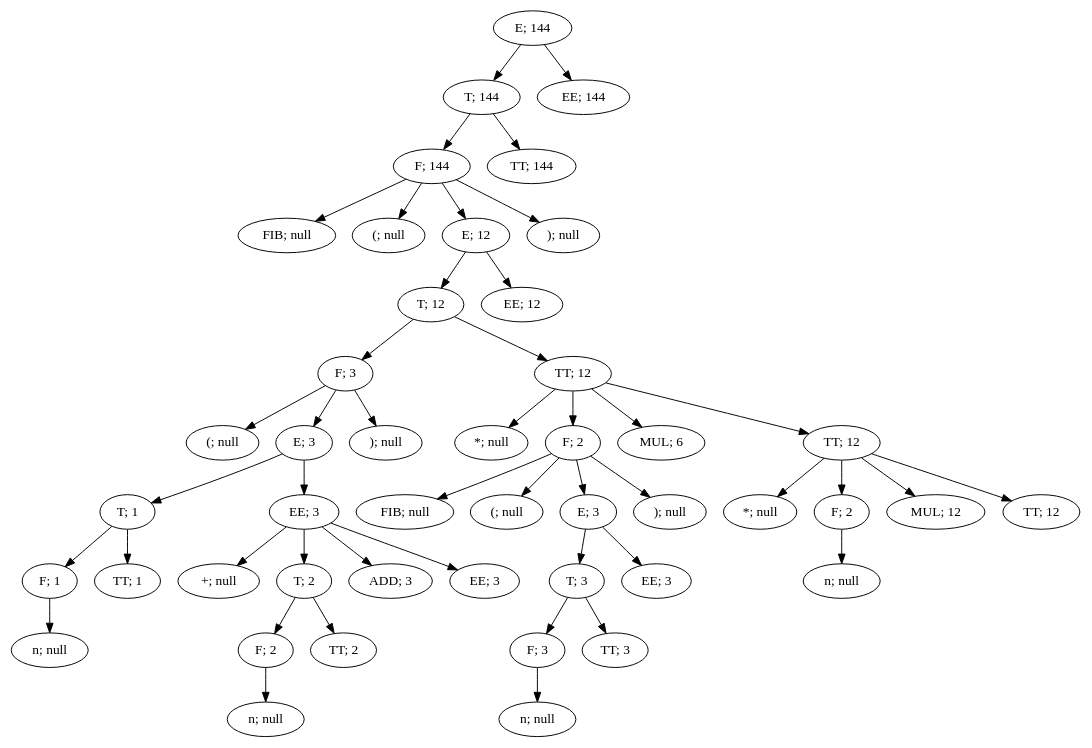
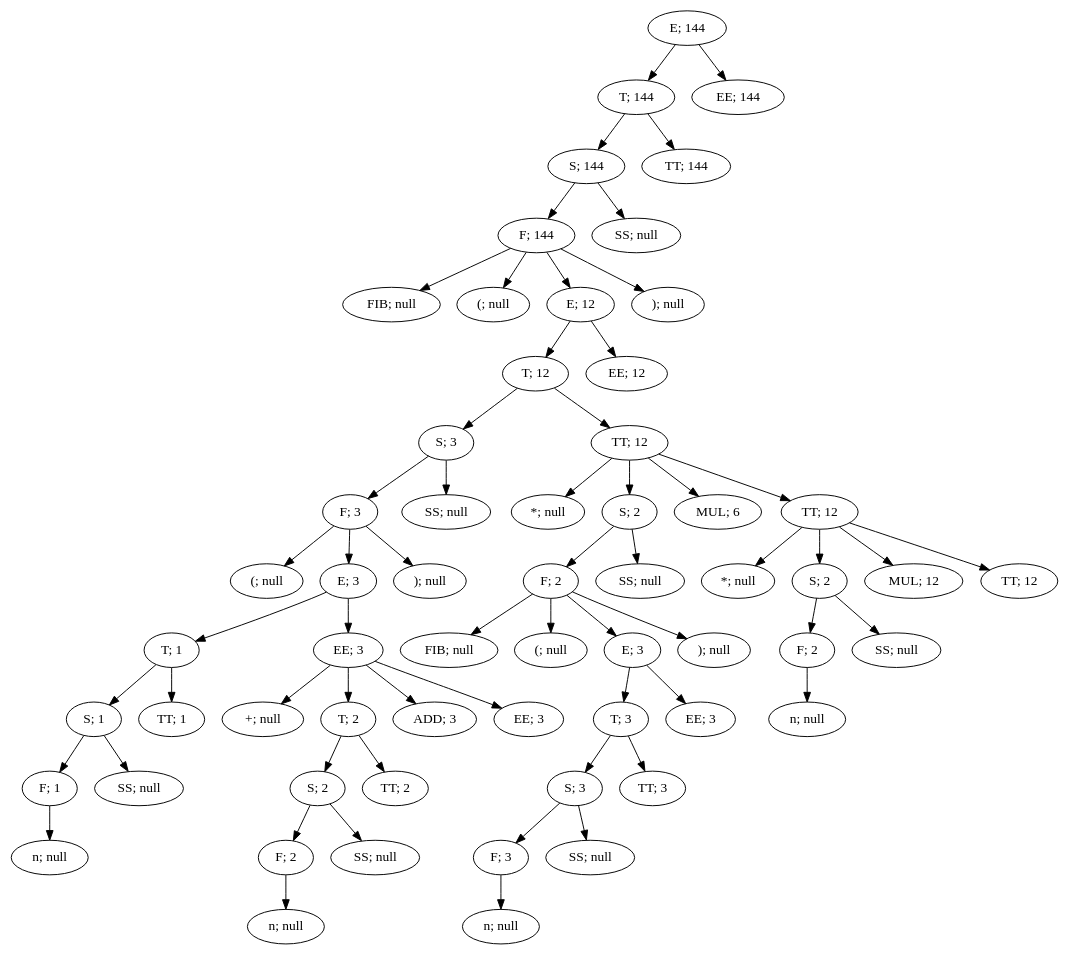
Before and after one commit to Ultimatereo/MT: the diagram in lab4/graphA4.dot, drawn with Graphviz. The commit also changed 26 other files, not shown here.

```diff
--- a/lab4/graphA4.dot
+++ b/lab4/graphA4.dot
@@ -1,138 +1,180 @@
 digraph ParserResult {
-"NonTerminal[name=E]_126" [label="E; 144"]
-"NonTerminal[name=T]_124" [label="T; 144"]
-"NonTerminal[name=E]_126"->"NonTerminal[name=T]_124";
-"NonTerminal[name=T]_124" [label="T; 144"]
-"NonTerminal[name=F]_122" [label="F; 144"]
-"NonTerminal[name=T]_124"->"NonTerminal[name=F]_122";
-"NonTerminal[name=F]_122" [label="F; 144"]
-"Token{name='FIB', value='fib'}_81" [label="FIB; null"]
-"NonTerminal[name=F]_122"->"Token{name='FIB', value='fib'}_81";
-"Token{name='FIB', value='fib'}_81" [label="FIB; null"]
-"Token{name='(', value='('}_82" [label="(; null"]
-"NonTerminal[name=F]_122"->"Token{name='(', value='('}_82";
-"Token{name='(', value='('}_82" [label="(; null"]
-"NonTerminal[name=E]_120" [label="E; 12"]
-"NonTerminal[name=F]_122"->"NonTerminal[name=E]_120";
-"NonTerminal[name=E]_120" [label="E; 12"]
-"NonTerminal[name=T]_118" [label="T; 12"]
-"NonTerminal[name=E]_120"->"NonTerminal[name=T]_118";
-"NonTerminal[name=T]_118" [label="T; 12"]
-"NonTerminal[name=F]_98" [label="F; 3"]
-"NonTerminal[name=T]_118"->"NonTerminal[name=F]_98";
-"NonTerminal[name=F]_98" [label="F; 3"]
-"Token{name='(', value='('}_83" [label="(; null"]
-"NonTerminal[name=F]_98"->"Token{name='(', value='('}_83";
-"Token{name='(', value='('}_83" [label="(; null"]
-"NonTerminal[name=E]_96" [label="E; 3"]
-"NonTerminal[name=F]_98"->"NonTerminal[name=E]_96";
-"NonTerminal[name=E]_96" [label="E; 3"]
-"NonTerminal[name=T]_87" [label="T; 1"]
-"NonTerminal[name=E]_96"->"NonTerminal[name=T]_87";
-"NonTerminal[name=T]_87" [label="T; 1"]
-"NonTerminal[name=F]_85" [label="F; 1"]
-"NonTerminal[name=T]_87"->"NonTerminal[name=F]_85";
-"NonTerminal[name=F]_85" [label="F; 1"]
-"Token{name='n', value='1'}_84" [label="n; null"]
-"NonTerminal[name=F]_85"->"Token{name='n', value='1'}_84";
-"Token{name='n', value='1'}_84" [label="n; null"]
-"NonTerminal[name=TT]_86" [label="TT; 1"]
-"NonTerminal[name=T]_87"->"NonTerminal[name=TT]_86";
-"NonTerminal[name=TT]_86" [label="TT; 1"]
-"NonTerminal[name=EE]_95" [label="EE; 3"]
-"NonTerminal[name=E]_96"->"NonTerminal[name=EE]_95";
-"NonTerminal[name=EE]_95" [label="EE; 3"]
-"Token{name='+', value='+'}_88" [label="+; null"]
-"NonTerminal[name=EE]_95"->"Token{name='+', value='+'}_88";
-"Token{name='+', value='+'}_88" [label="+; null"]
-"NonTerminal[name=T]_92" [label="T; 2"]
-"NonTerminal[name=EE]_95"->"NonTerminal[name=T]_92";
-"NonTerminal[name=T]_92" [label="T; 2"]
-"NonTerminal[name=F]_90" [label="F; 2"]
-"NonTerminal[name=T]_92"->"NonTerminal[name=F]_90";
-"NonTerminal[name=F]_90" [label="F; 2"]
-"Token{name='n', value='2'}_89" [label="n; null"]
-"NonTerminal[name=F]_90"->"Token{name='n', value='2'}_89";
-"Token{name='n', value='2'}_89" [label="n; null"]
-"NonTerminal[name=TT]_91" [label="TT; 2"]
-"NonTerminal[name=T]_92"->"NonTerminal[name=TT]_91";
-"NonTerminal[name=TT]_91" [label="TT; 2"]
-"NonTerminal[name=ADD]_93" [label="ADD; 3"]
-"NonTerminal[name=EE]_95"->"NonTerminal[name=ADD]_93";
-"NonTerminal[name=ADD]_93" [label="ADD; 3"]
-"NonTerminal[name=EE]_94" [label="EE; 3"]
-"NonTerminal[name=EE]_95"->"NonTerminal[name=EE]_94";
-"NonTerminal[name=EE]_94" [label="EE; 3"]
-"Token{name=')', value=')'}_97" [label="); null"]
-"NonTerminal[name=F]_98"->"Token{name=')', value=')'}_97";
-"Token{name=')', value=')'}_97" [label="); null"]
-"NonTerminal[name=TT]_117" [label="TT; 12"]
-"NonTerminal[name=T]_118"->"NonTerminal[name=TT]_117";
-"NonTerminal[name=TT]_117" [label="TT; 12"]
-"Token{name='*', value='*'}_99" [label="*; null"]
-"NonTerminal[name=TT]_117"->"Token{name='*', value='*'}_99";
-"Token{name='*', value='*'}_99" [label="*; null"]
-"NonTerminal[name=F]_109" [label="F; 2"]
-"NonTerminal[name=TT]_117"->"NonTerminal[name=F]_109";
-"NonTerminal[name=F]_109" [label="F; 2"]
-"Token{name='FIB', value='fib'}_100" [label="FIB; null"]
-"NonTerminal[name=F]_109"->"Token{name='FIB', value='fib'}_100";
-"Token{name='FIB', value='fib'}_100" [label="FIB; null"]
-"Token{name='(', value='('}_101" [label="(; null"]
-"NonTerminal[name=F]_109"->"Token{name='(', value='('}_101";
-"Token{name='(', value='('}_101" [label="(; null"]
-"NonTerminal[name=E]_107" [label="E; 3"]
-"NonTerminal[name=F]_109"->"NonTerminal[name=E]_107";
-"NonTerminal[name=E]_107" [label="E; 3"]
-"NonTerminal[name=T]_105" [label="T; 3"]
-"NonTerminal[name=E]_107"->"NonTerminal[name=T]_105";
-"NonTerminal[name=T]_105" [label="T; 3"]
-"NonTerminal[name=F]_103" [label="F; 3"]
-"NonTerminal[name=T]_105"->"NonTerminal[name=F]_103";
-"NonTerminal[name=F]_103" [label="F; 3"]
-"Token{name='n', value='3'}_102" [label="n; null"]
-"NonTerminal[name=F]_103"->"Token{name='n', value='3'}_102";
-"Token{name='n', value='3'}_102" [label="n; null"]
-"NonTerminal[name=TT]_104" [label="TT; 3"]
-"NonTerminal[name=T]_105"->"NonTerminal[name=TT]_104";
-"NonTerminal[name=TT]_104" [label="TT; 3"]
-"NonTerminal[name=EE]_106" [label="EE; 3"]
-"NonTerminal[name=E]_107"->"NonTerminal[name=EE]_106";
-"NonTerminal[name=EE]_106" [label="EE; 3"]
-"Token{name=')', value=')'}_108" [label="); null"]
-"NonTerminal[name=F]_109"->"Token{name=')', value=')'}_108";
-"Token{name=')', value=')'}_108" [label="); null"]
-"NonTerminal[name=MUL]_110" [label="MUL; 6"]
-"NonTerminal[name=TT]_117"->"NonTerminal[name=MUL]_110";
-"NonTerminal[name=MUL]_110" [label="MUL; 6"]
-"NonTerminal[name=TT]_116" [label="TT; 12"]
-"NonTerminal[name=TT]_117"->"NonTerminal[name=TT]_116";
-"NonTerminal[name=TT]_116" [label="TT; 12"]
-"Token{name='*', value='*'}_111" [label="*; null"]
-"NonTerminal[name=TT]_116"->"Token{name='*', value='*'}_111";
-"Token{name='*', value='*'}_111" [label="*; null"]
-"NonTerminal[name=F]_113" [label="F; 2"]
-"NonTerminal[name=TT]_116"->"NonTerminal[name=F]_113";
-"NonTerminal[name=F]_113" [label="F; 2"]
-"Token{name='n', value='2'}_112" [label="n; null"]
-"NonTerminal[name=F]_113"->"Token{name='n', value='2'}_112";
-"Token{name='n', value='2'}_112" [label="n; null"]
-"NonTerminal[name=MUL]_114" [label="MUL; 12"]
-"NonTerminal[name=TT]_116"->"NonTerminal[name=MUL]_114";
-"NonTerminal[name=MUL]_114" [label="MUL; 12"]
-"NonTerminal[name=TT]_115" [label="TT; 12"]
-"NonTerminal[name=TT]_116"->"NonTerminal[name=TT]_115";
-"NonTerminal[name=TT]_115" [label="TT; 12"]
-"NonTerminal[name=EE]_119" [label="EE; 12"]
-"NonTerminal[name=E]_120"->"NonTerminal[name=EE]_119";
-"NonTerminal[name=EE]_119" [label="EE; 12"]
-"Token{name=')', value=')'}_121" [label="); null"]
-"NonTerminal[name=F]_122"->"Token{name=')', value=')'}_121";
-"Token{name=')', value=')'}_121" [label="); null"]
-"NonTerminal[name=TT]_123" [label="TT; 144"]
-"NonTerminal[name=T]_124"->"NonTerminal[name=TT]_123";
-"NonTerminal[name=TT]_123" [label="TT; 144"]
-"NonTerminal[name=EE]_125" [label="EE; 144"]
+"NonTerminal[name=E]_166" [label="E; 144"]
+"NonTerminal[name=T]_164" [label="T; 144"]
+"NonTerminal[name=E]_166"->"NonTerminal[name=T]_164";
+"NonTerminal[name=T]_164" [label="T; 144"]
+"NonTerminal[name=S]_162" [label="S; 144"]
+"NonTerminal[name=T]_164"->"NonTerminal[name=S]_162";
+"NonTerminal[name=S]_162" [label="S; 144"]
+"NonTerminal[name=F]_160" [label="F; 144"]
+"NonTerminal[name=S]_162"->"NonTerminal[name=F]_160";
+"NonTerminal[name=F]_160" [label="F; 144"]
+"Token{name='FIB', value='fib'}_107" [label="FIB; null"]
+"NonTerminal[name=F]_160"->"Token{name='FIB', value='fib'}_107";
+"Token{name='FIB', value='fib'}_107" [label="FIB; null"]
+"Token{name='(', value='('}_108" [label="(; null"]
+"NonTerminal[name=F]_160"->"Token{name='(', value='('}_108";
+"Token{name='(', value='('}_108" [label="(; null"]
+"NonTerminal[name=E]_158" [label="E; 12"]
+"NonTerminal[name=F]_160"->"NonTerminal[name=E]_158";
+"NonTerminal[name=E]_158" [label="E; 12"]
+"NonTerminal[name=T]_156" [label="T; 12"]
+"NonTerminal[name=E]_158"->"NonTerminal[name=T]_156";
+"NonTerminal[name=T]_156" [label="T; 12"]
+"NonTerminal[name=S]_130" [label="S; 3"]
+"NonTerminal[name=T]_156"->"NonTerminal[name=S]_130";
+"NonTerminal[name=S]_130" [label="S; 3"]
+"NonTerminal[name=F]_128" [label="F; 3"]
+"NonTerminal[name=S]_130"->"NonTerminal[name=F]_128";
+"NonTerminal[name=F]_128" [label="F; 3"]
+"Token{name='(', value='('}_109" [label="(; null"]
+"NonTerminal[name=F]_128"->"Token{name='(', value='('}_109";
+"Token{name='(', value='('}_109" [label="(; null"]
+"NonTerminal[name=E]_126" [label="E; 3"]
+"NonTerminal[name=F]_128"->"NonTerminal[name=E]_126";
+"NonTerminal[name=E]_126" [label="E; 3"]
+"NonTerminal[name=T]_115" [label="T; 1"]
+"NonTerminal[name=E]_126"->"NonTerminal[name=T]_115";
+"NonTerminal[name=T]_115" [label="T; 1"]
+"NonTerminal[name=S]_113" [label="S; 1"]
+"NonTerminal[name=T]_115"->"NonTerminal[name=S]_113";
+"NonTerminal[name=S]_113" [label="S; 1"]
+"NonTerminal[name=F]_111" [label="F; 1"]
+"NonTerminal[name=S]_113"->"NonTerminal[name=F]_111";
+"NonTerminal[name=F]_111" [label="F; 1"]
+"Token{name='n', value='1'}_110" [label="n; null"]
+"NonTerminal[name=F]_111"->"Token{name='n', value='1'}_110";
+"Token{name='n', value='1'}_110" [label="n; null"]
+"NonTerminal[name=SS]_112" [label="SS; null"]
+"NonTerminal[name=S]_113"->"NonTerminal[name=SS]_112";
+"NonTerminal[name=SS]_112" [label="SS; null"]
+"NonTerminal[name=TT]_114" [label="TT; 1"]
+"NonTerminal[name=T]_115"->"NonTerminal[name=TT]_114";
+"NonTerminal[name=TT]_114" [label="TT; 1"]
+"NonTerminal[name=EE]_125" [label="EE; 3"]
 "NonTerminal[name=E]_126"->"NonTerminal[name=EE]_125";
-"NonTerminal[name=EE]_125" [label="EE; 144"]
+"NonTerminal[name=EE]_125" [label="EE; 3"]
+"Token{name='+', value='+'}_116" [label="+; null"]
+"NonTerminal[name=EE]_125"->"Token{name='+', value='+'}_116";
+"Token{name='+', value='+'}_116" [label="+; null"]
+"NonTerminal[name=T]_122" [label="T; 2"]
+"NonTerminal[name=EE]_125"->"NonTerminal[name=T]_122";
+"NonTerminal[name=T]_122" [label="T; 2"]
+"NonTerminal[name=S]_120" [label="S; 2"]
+"NonTerminal[name=T]_122"->"NonTerminal[name=S]_120";
+"NonTerminal[name=S]_120" [label="S; 2"]
+"NonTerminal[name=F]_118" [label="F; 2"]
+"NonTerminal[name=S]_120"->"NonTerminal[name=F]_118";
+"NonTerminal[name=F]_118" [label="F; 2"]
+"Token{name='n', value='2'}_117" [label="n; null"]
+"NonTerminal[name=F]_118"->"Token{name='n', value='2'}_117";
+"Token{name='n', value='2'}_117" [label="n; null"]
+"NonTerminal[name=SS]_119" [label="SS; null"]
+"NonTerminal[name=S]_120"->"NonTerminal[name=SS]_119";
+"NonTerminal[name=SS]_119" [label="SS; null"]
+"NonTerminal[name=TT]_121" [label="TT; 2"]
+"NonTerminal[name=T]_122"->"NonTerminal[name=TT]_121";
+"NonTerminal[name=TT]_121" [label="TT; 2"]
+"NonTerminal[name=ADD]_123" [label="ADD; 3"]
+"NonTerminal[name=EE]_125"->"NonTerminal[name=ADD]_123";
+"NonTerminal[name=ADD]_123" [label="ADD; 3"]
+"NonTerminal[name=EE]_124" [label="EE; 3"]
+"NonTerminal[name=EE]_125"->"NonTerminal[name=EE]_124";
+"NonTerminal[name=EE]_124" [label="EE; 3"]
+"Token{name=')', value=')'}_127" [label="); null"]
+"NonTerminal[name=F]_128"->"Token{name=')', value=')'}_127";
+"Token{name=')', value=')'}_127" [label="); null"]
+"NonTerminal[name=SS]_129" [label="SS; null"]
+"NonTerminal[name=S]_130"->"NonTerminal[name=SS]_129";
+"NonTerminal[name=SS]_129" [label="SS; null"]
+"NonTerminal[name=TT]_155" [label="TT; 12"]
+"NonTerminal[name=T]_156"->"NonTerminal[name=TT]_155";
+"NonTerminal[name=TT]_155" [label="TT; 12"]
+"Token{name='*', value='*'}_131" [label="*; null"]
+"NonTerminal[name=TT]_155"->"Token{name='*', value='*'}_131";
+"Token{name='*', value='*'}_131" [label="*; null"]
+"NonTerminal[name=S]_145" [label="S; 2"]
+"NonTerminal[name=TT]_155"->"NonTerminal[name=S]_145";
+"NonTerminal[name=S]_145" [label="S; 2"]
+"NonTerminal[name=F]_143" [label="F; 2"]
+"NonTerminal[name=S]_145"->"NonTerminal[name=F]_143";
+"NonTerminal[name=F]_143" [label="F; 2"]
+"Token{name='FIB', value='fib'}_132" [label="FIB; null"]
+"NonTerminal[name=F]_143"->"Token{name='FIB', value='fib'}_132";
+"Token{name='FIB', value='fib'}_132" [label="FIB; null"]
+"Token{name='(', value='('}_133" [label="(; null"]
+"NonTerminal[name=F]_143"->"Token{name='(', value='('}_133";
+"Token{name='(', value='('}_133" [label="(; null"]
+"NonTerminal[name=E]_141" [label="E; 3"]
+"NonTerminal[name=F]_143"->"NonTerminal[name=E]_141";
+"NonTerminal[name=E]_141" [label="E; 3"]
+"NonTerminal[name=T]_139" [label="T; 3"]
+"NonTerminal[name=E]_141"->"NonTerminal[name=T]_139";
+"NonTerminal[name=T]_139" [label="T; 3"]
+"NonTerminal[name=S]_137" [label="S; 3"]
+"NonTerminal[name=T]_139"->"NonTerminal[name=S]_137";
+"NonTerminal[name=S]_137" [label="S; 3"]
+"NonTerminal[name=F]_135" [label="F; 3"]
+"NonTerminal[name=S]_137"->"NonTerminal[name=F]_135";
+"NonTerminal[name=F]_135" [label="F; 3"]
+"Token{name='n', value='3'}_134" [label="n; null"]
+"NonTerminal[name=F]_135"->"Token{name='n', value='3'}_134";
+"Token{name='n', value='3'}_134" [label="n; null"]
+"NonTerminal[name=SS]_136" [label="SS; null"]
+"NonTerminal[name=S]_137"->"NonTerminal[name=SS]_136";
+"NonTerminal[name=SS]_136" [label="SS; null"]
+"NonTerminal[name=TT]_138" [label="TT; 3"]
+"NonTerminal[name=T]_139"->"NonTerminal[name=TT]_138";
+"NonTerminal[name=TT]_138" [label="TT; 3"]
+"NonTerminal[name=EE]_140" [label="EE; 3"]
+"NonTerminal[name=E]_141"->"NonTerminal[name=EE]_140";
+"NonTerminal[name=EE]_140" [label="EE; 3"]
+"Token{name=')', value=')'}_142" [label="); null"]
+"NonTerminal[name=F]_143"->"Token{name=')', value=')'}_142";
+"Token{name=')', value=')'}_142" [label="); null"]
+"NonTerminal[name=SS]_144" [label="SS; null"]
+"NonTerminal[name=S]_145"->"NonTerminal[name=SS]_144";
+"NonTerminal[name=SS]_144" [label="SS; null"]
+"NonTerminal[name=MUL]_146" [label="MUL; 6"]
+"NonTerminal[name=TT]_155"->"NonTerminal[name=MUL]_146";
+"NonTerminal[name=MUL]_146" [label="MUL; 6"]
+"NonTerminal[name=TT]_154" [label="TT; 12"]
+"NonTerminal[name=TT]_155"->"NonTerminal[name=TT]_154";
+"NonTerminal[name=TT]_154" [label="TT; 12"]
+"Token{name='*', value='*'}_147" [label="*; null"]
+"NonTerminal[name=TT]_154"->"Token{name='*', value='*'}_147";
+"Token{name='*', value='*'}_147" [label="*; null"]
+"NonTerminal[name=S]_151" [label="S; 2"]
+"NonTerminal[name=TT]_154"->"NonTerminal[name=S]_151";
+"NonTerminal[name=S]_151" [label="S; 2"]
+"NonTerminal[name=F]_149" [label="F; 2"]
+"NonTerminal[name=S]_151"->"NonTerminal[name=F]_149";
+"NonTerminal[name=F]_149" [label="F; 2"]
+"Token{name='n', value='2'}_148" [label="n; null"]
+"NonTerminal[name=F]_149"->"Token{name='n', value='2'}_148";
+"Token{name='n', value='2'}_148" [label="n; null"]
+"NonTerminal[name=SS]_150" [label="SS; null"]
+"NonTerminal[name=S]_151"->"NonTerminal[name=SS]_150";
+"NonTerminal[name=SS]_150" [label="SS; null"]
+"NonTerminal[name=MUL]_152" [label="MUL; 12"]
+"NonTerminal[name=TT]_154"->"NonTerminal[name=MUL]_152";
+"NonTerminal[name=MUL]_152" [label="MUL; 12"]
+"NonTerminal[name=TT]_153" [label="TT; 12"]
+"NonTerminal[name=TT]_154"->"NonTerminal[name=TT]_153";
+"NonTerminal[name=TT]_153" [label="TT; 12"]
+"NonTerminal[name=EE]_157" [label="EE; 12"]
+"NonTerminal[name=E]_158"->"NonTerminal[name=EE]_157";
+"NonTerminal[name=EE]_157" [label="EE; 12"]
+"Token{name=')', value=')'}_159" [label="); null"]
+"NonTerminal[name=F]_160"->"Token{name=')', value=')'}_159";
+"Token{name=')', value=')'}_159" [label="); null"]
+"NonTerminal[name=SS]_161" [label="SS; null"]
+"NonTerminal[name=S]_162"->"NonTerminal[name=SS]_161";
+"NonTerminal[name=SS]_161" [label="SS; null"]
+"NonTerminal[name=TT]_163" [label="TT; 144"]
+"NonTerminal[name=T]_164"->"NonTerminal[name=TT]_163";
+"NonTerminal[name=TT]_163" [label="TT; 144"]
+"NonTerminal[name=EE]_165" [label="EE; 144"]
+"NonTerminal[name=E]_166"->"NonTerminal[name=EE]_165";
+"NonTerminal[name=EE]_165" [label="EE; 144"]
 }
```
